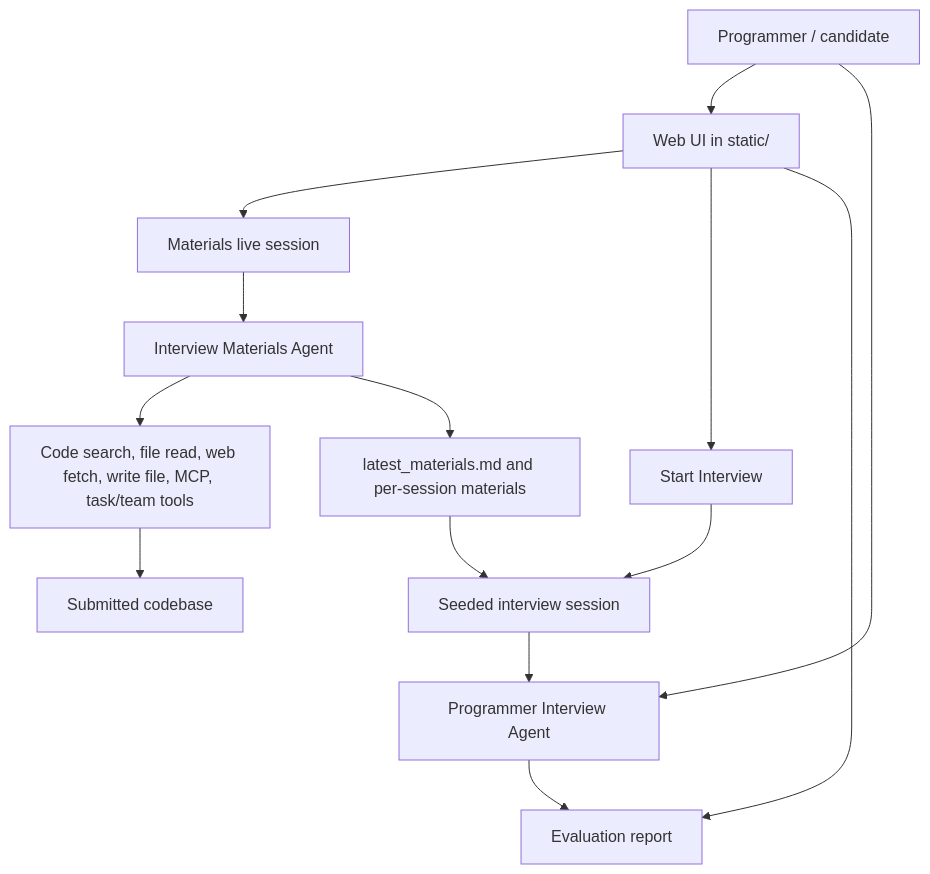
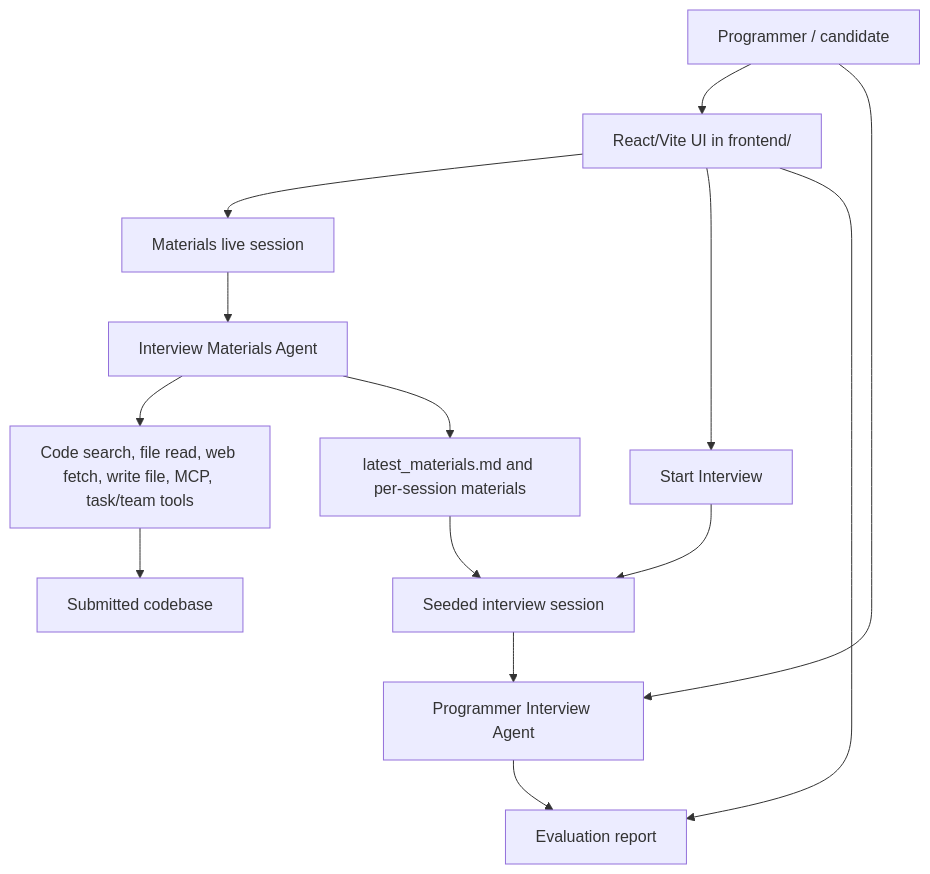
One commit to hessOntheway/scribe-engine changed the diagram in README.md. Above: the diagram before and after it, drawn with Mermaid. The commit also changed other lines of this file and 24 other files, not shown here.

````diff
--- a/README.md
+++ b/README.md
@@ -18,16 +18,16 @@
 ```mermaid
 flowchart TD
-    Candidate[Programmer / candidate] --> UI[Web UI in static/]
+    Candidate[Programmer / candidate] --> UI[React/Vite UI in frontend/]
     UI --> MaterialsAPI[Materials live session]
     MaterialsAPI --> MaterialsAgent[Interview Materials Agent]
     MaterialsAgent --> Tools[Code search, file read, web fetch, write file, MCP, task/team tools]
     Tools --> Repo[Submitted codebase]
     MaterialsAgent --> MaterialsFile[latest_materials.md and per-session materials]
     UI --> StartInterview[Start Interview]
     StartInterview --> InterviewSession[Seeded interview session]
     MaterialsFile --> InterviewSession
     InterviewSession --> InterviewAgent[Programmer Interview Agent]
     Candidate --> InterviewAgent
     InterviewAgent --> Report[Evaluation report]
     UI --> Report
 ```
````
